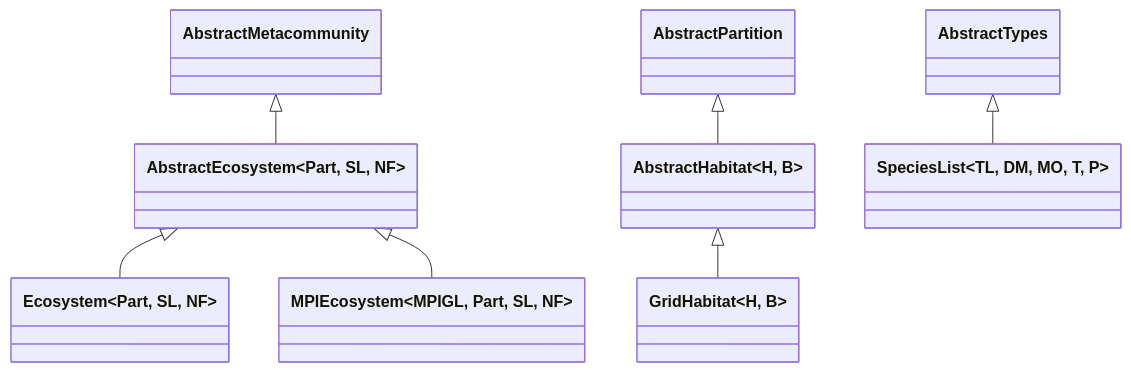
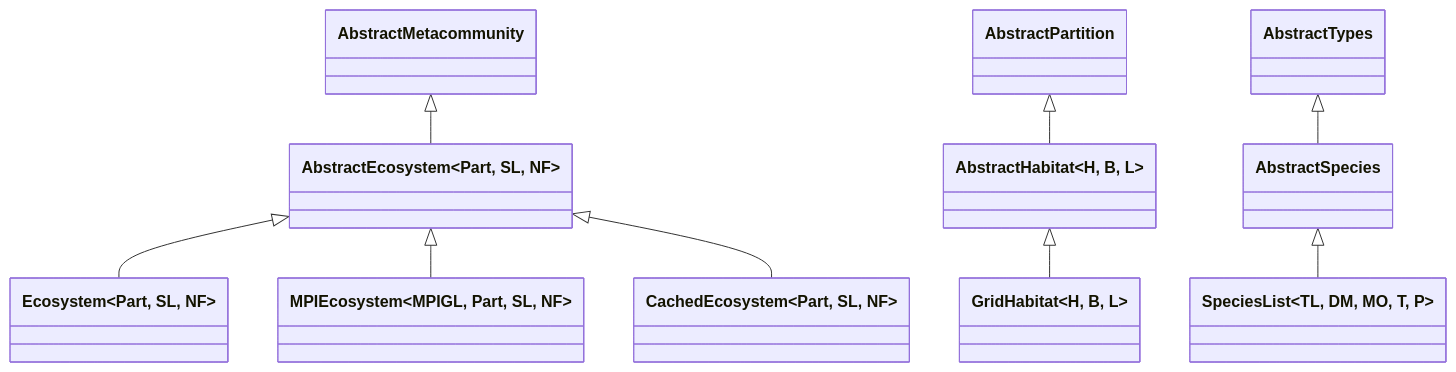
The second of 17 diagrams in docs/architecture.md (EcoJulia/EcoSISTEM.jl), drawn with Mermaid before and after one commit. The commit also changed other lines of this file and 17 other files, not shown here.

````diff
--- a/docs/architecture.md
+++ b/docs/architecture.md
@@ -51,15 +78,18 @@
 ```mermaid
 classDiagram
     class AbstractEcosystem~Part, SL, NF~
     class Ecosystem~Part, SL, NF~
     class MPIEcosystem~MPIGL, Part, SL, NF~
-    class AbstractHabitat~H, B~
-    class GridHabitat~H, B~
+    class CachedEcosystem~Part, SL, NF~
+    class AbstractHabitat~H, B, L~
+    class GridHabitat~H, B, L~
     class SpeciesList~TL, DM, MO, T, P~
     AbstractMetacommunity <|-- AbstractEcosystem
     AbstractEcosystem <|-- Ecosystem
     AbstractEcosystem <|-- MPIEcosystem
+    AbstractEcosystem <|-- CachedEcosystem
     AbstractPartition <|-- AbstractHabitat
     AbstractHabitat   <|-- GridHabitat
-    AbstractTypes <|-- SpeciesList
+    AbstractTypes <|-- AbstractSpecies
+    AbstractSpecies <|-- SpeciesList
 ```
````
